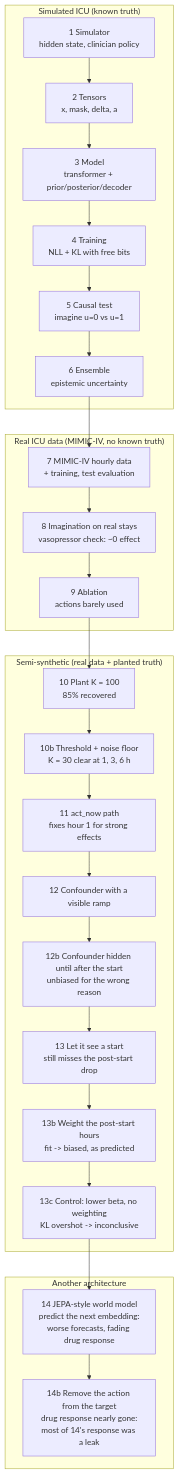
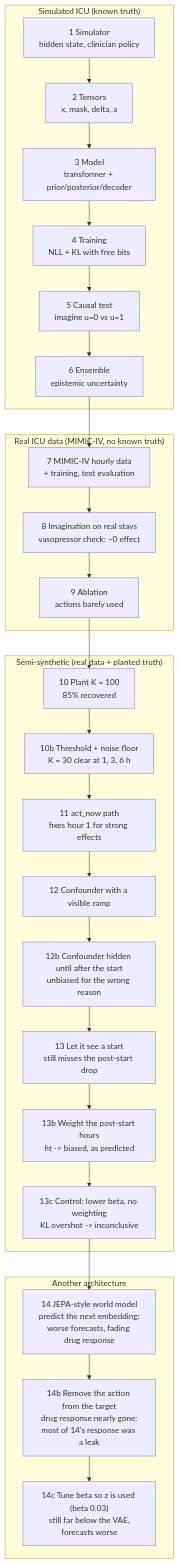
Before and after one commit to seyedhasanmirhoseini1367/icu-world-model: the first of 3 diagrams in docs/JOURNEY.md, drawn with Mermaid. The commit also changed other lines of this file and 42 other files, not shown here.

First line of the commit message:
Stage 14c results: beta tuned to 0.03 so z is used, verdict "confirmed"

````diff
--- a/docs/JOURNEY.md
+++ b/docs/JOURNEY.md
@@ -10,30 +10,31 @@
 ```mermaid
 flowchart TD
     subgraph SIM["Simulated ICU (known truth)"]
         S1["1 Simulator<br/>hidden state, clinician policy"] --> S2["2 Tensors<br/>x, mask, delta, a"]
         S2 --> S3["3 Model<br/>transformer + prior/posterior/decoder"]
         S3 --> S4["4 Training<br/>NLL + KL with free bits"]
         S4 --> S5["5 Causal test<br/>imagine u=0 vs u=1"]
         S5 --> S6["6 Ensemble<br/>epistemic uncertainty"]
     end
     subgraph REAL["Real ICU data (MIMIC-IV, no known truth)"]
         S7["7 MIMIC-IV hourly data<br/>+ training, test evaluation"] --> S8["8 Imagination on real stays<br/>vasopressor check: ~0 effect"]
         S8 --> S9["9 Ablation<br/>actions barely used"]
     end
     subgraph SEMI["Semi-synthetic (real data + planted truth)"]
         S10["10 Plant K = 100<br/>85% recovered"] --> S10b["10b Threshold + noise floor<br/>K = 30 clear at 1, 3, 6 h"]
         S10b --> S11["11 act_now path<br/>fixes hour 1 for strong effects"]
         S11 --> S12["12 Confounder with a visible ramp"]
         S12 --> S12b["12b Confounder hidden until after the start<br/>unbiased for the wrong reason"]
         S12b --> S13["13 Let it see a start<br/>still misses the post-start drop"]
         S13 --> S13b["13b Weight the post-start hours<br/>fit -> biased, as predicted"]
         S13b --> S13c["13c Control: lower beta, no weighting<br/>KL overshot -> inconclusive"]
     end
     subgraph ARCH["Another architecture"]
         S14["14 JEPA-style world model<br/>predict the next embedding:<br/>worse forecasts, fading drug response"]
         S14 --> S14b["14b Remove the action from the target<br/>drug response nearly gone:<br/>most of 14's response was a leak"]
+        S14b --> S14c["14c Tune beta so z is used (beta 0.03)<br/>still far below the VAE,<br/>forecasts worse"]
     end
     S6 --> S7
     S9 --> S10
     S13c --> S14
 ```
````
